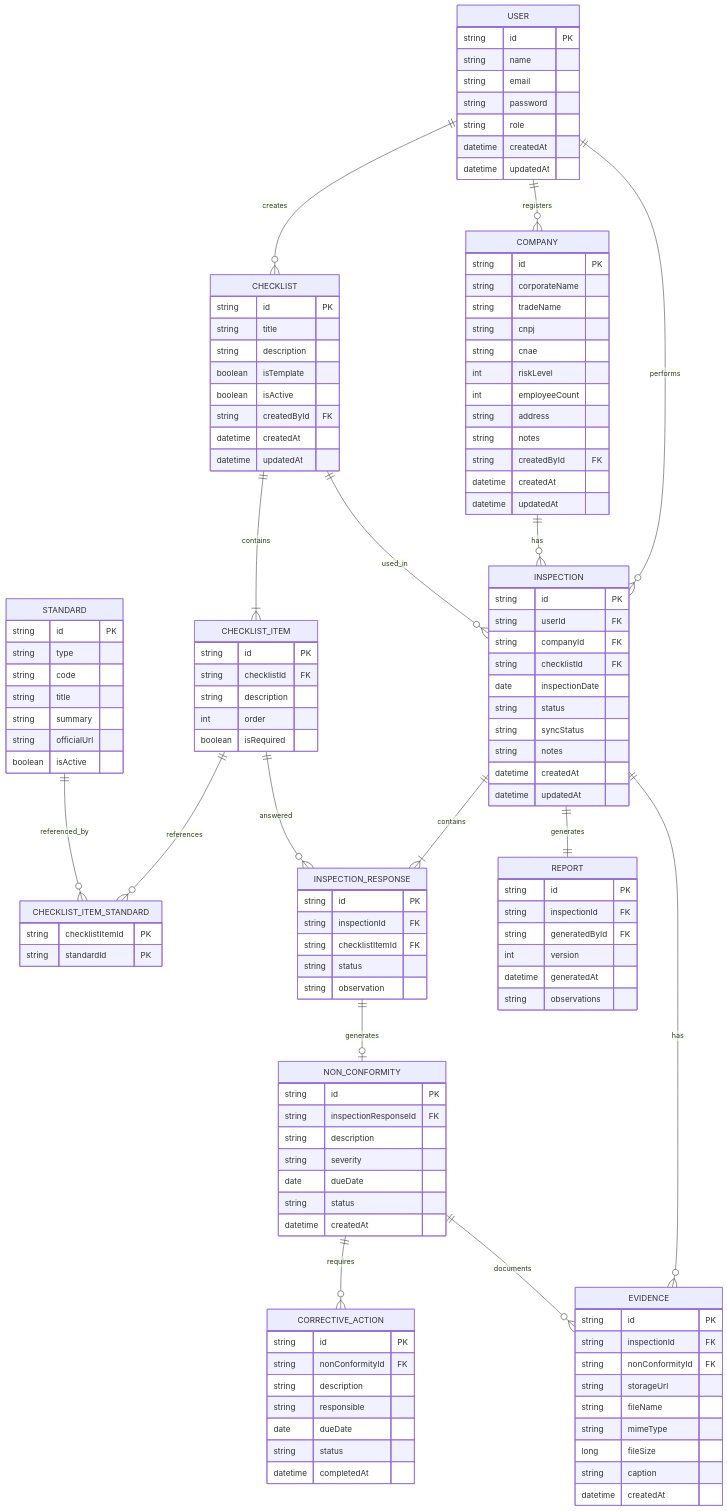
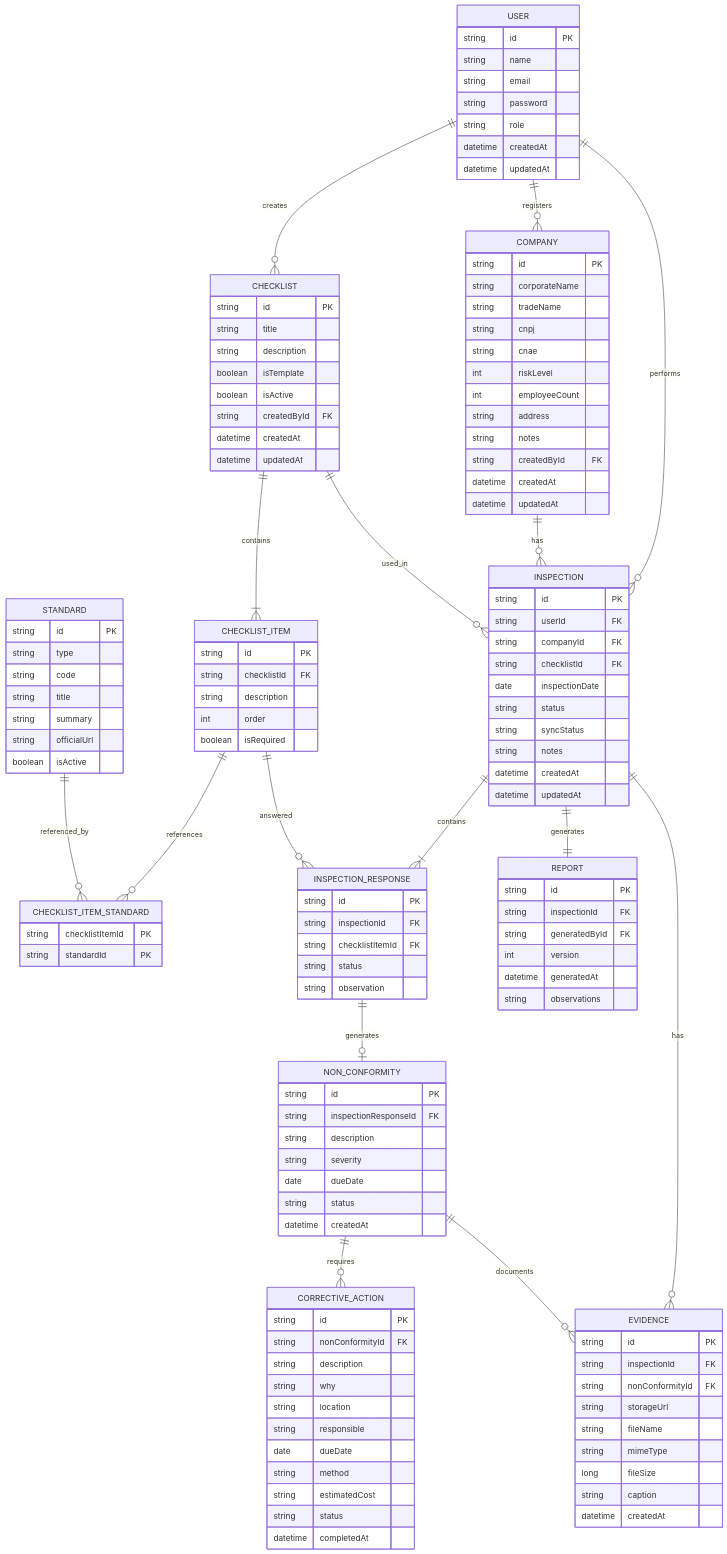
Before and after one commit to PedroVitor237/safe-watch-insight: the diagram in Documentation/ModeloLogico.md, drawn with Mermaid. The commit also changed other lines of this file and 55 other files, not shown here.

First line of the commit message:
feat: add repositories, services, and schemas for corrective actions, non-conformities, and standards

```diff
--- a/Documentation/ModeloLogico.md
+++ b/Documentation/ModeloLogico.md
@@ -114,8 +114,12 @@
     string id PK
     string nonConformityId FK
     string description
+    string why
+    string location
     string responsible
     date dueDate
+    string method
+    string estimatedCost
     string status
     datetime completedAt
 }
```
